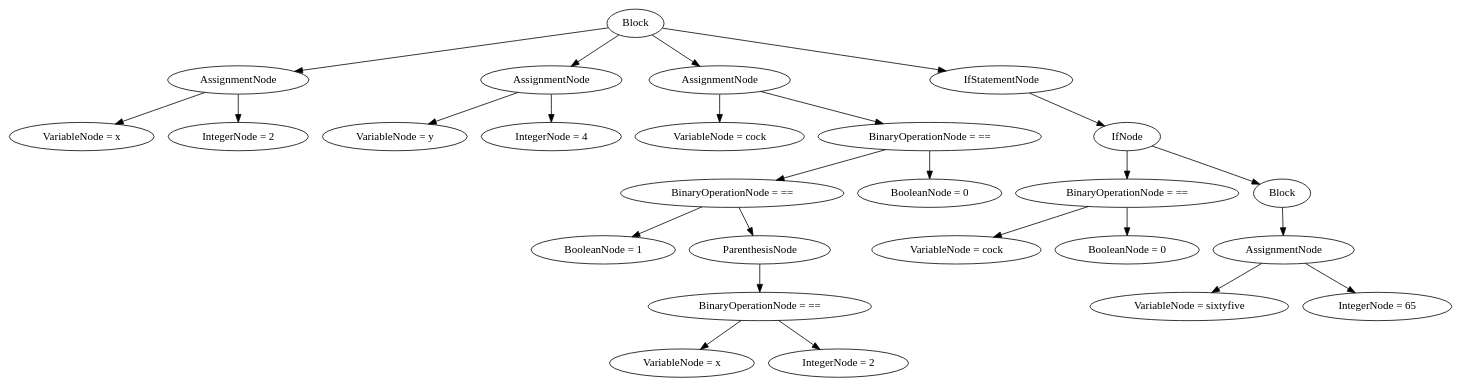
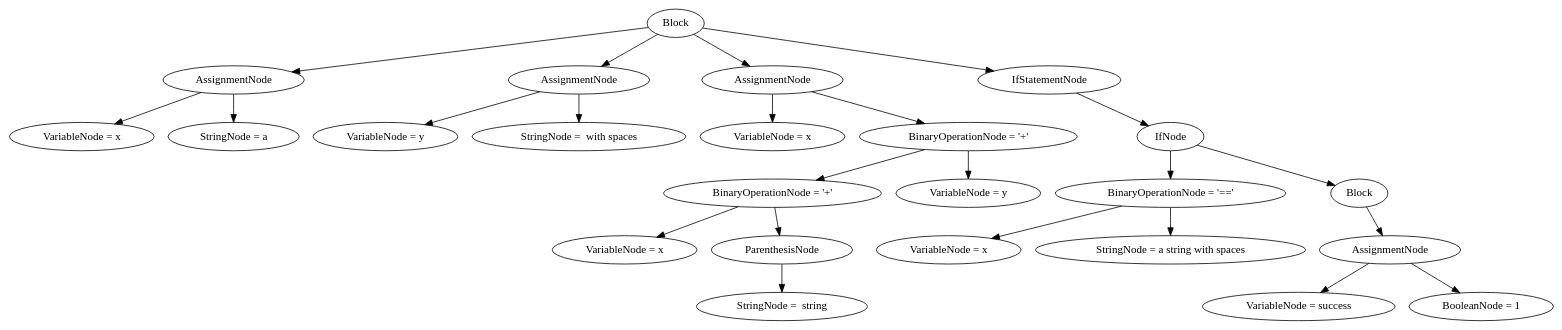
One commit to Insanious/Lua-compiler changed the diagram in graph.dot. Above: the diagram before and after it, drawn with Graphviz. The commit also changed 13 other files, not shown here.

```diff
--- a/graph.dot
+++ b/graph.dot
@@ -1,53 +1,49 @@
 digraph { 
 	0 [label="Block"];
 	1 [label="AssignmentNode"];
 	0 -> 1
 	2 [label="AssignmentNode"];
 	0 -> 2
 	3 [label="AssignmentNode"];
 	0 -> 3
 	4 [label="IfStatementNode"];
 	0 -> 4
 	5 [label="VariableNode = x"];
 	1 -> 5
-	6 [label="IntegerNode = 2"];
+	6 [label="StringNode = a"];
 	1 -> 6
 	7 [label="VariableNode = y"];
 	2 -> 7
-	8 [label="IntegerNode = 4"];
+	8 [label="StringNode =  with spaces"];
 	2 -> 8
-	9 [label="VariableNode = cock"];
+	9 [label="VariableNode = x"];
 	3 -> 9
-	10 [label="BinaryOperationNode = =="];
+	10 [label="BinaryOperationNode = '+'"];
 	3 -> 10
 	11 [label="IfNode"];
 	4 -> 11
-	12 [label="BinaryOperationNode = =="];
+	12 [label="BinaryOperationNode = '+'"];
 	10 -> 12
-	13 [label="BooleanNode = 0"];
+	13 [label="VariableNode = y"];
 	10 -> 13
-	14 [label="BinaryOperationNode = =="];
+	14 [label="BinaryOperationNode = '=='"];
 	11 -> 14
 	15 [label="Block"];
 	11 -> 15
-	16 [label="BooleanNode = 1"];
+	16 [label="VariableNode = x"];
 	12 -> 16
 	17 [label="ParenthesisNode"];
 	12 -> 17
-	18 [label="VariableNode = cock"];
+	18 [label="VariableNode = x"];
 	14 -> 18
-	19 [label="BooleanNode = 0"];
+	19 [label="StringNode = a string with spaces"];
 	14 -> 19
 	20 [label="AssignmentNode"];
 	15 -> 20
-	21 [label="BinaryOperationNode = =="];
+	21 [label="StringNode =  string"];
 	17 -> 21
-	22 [label="VariableNode = sixtyfive"];
+	22 [label="VariableNode = success"];
 	20 -> 22
-	23 [label="IntegerNode = 65"];
+	23 [label="BooleanNode = 1"];
 	20 -> 23
-	24 [label="VariableNode = x"];
-	21 -> 24
-	25 [label="IntegerNode = 2"];
-	21 -> 25
 }
```
